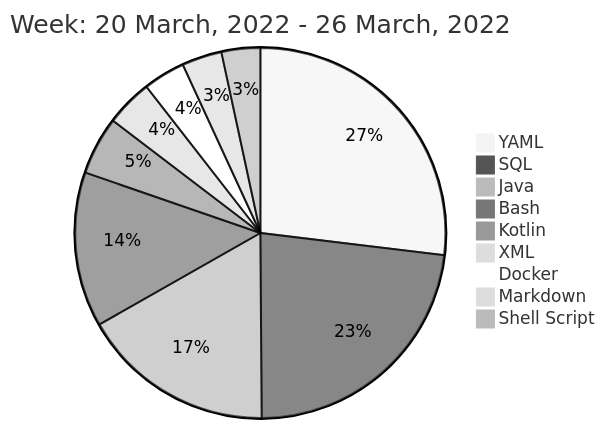
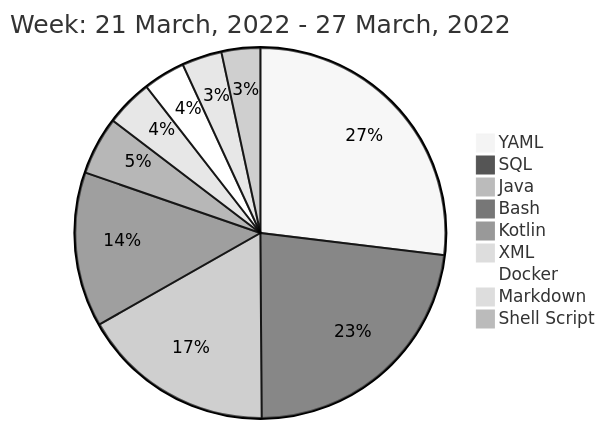
One commit to liubin95/liubin95 changed the diagram in README.md. Above: the diagram before and after it, drawn with Mermaid (neutral theme).

Commit message:
Updated the Graph with new Metrics

````diff
--- a/README.md
+++ b/README.md
@@ -40,13 +40,13 @@
 ```mermaid
  pie
-title Week: 20 March, 2022 - 26 March, 2022
+title Week: 21 March, 2022 - 27 March, 2022
  "YAML" : 4.78
  "SQL" : 4.08
  "Java" : 3.0
  "Bash" : 2.4
  "Kotlin" : 0.9
  "XML" : 0.73
  "Docker" : 0.65
  "Markdown" : 0.62
  "Shell Script" : 0.6
 ```
````
